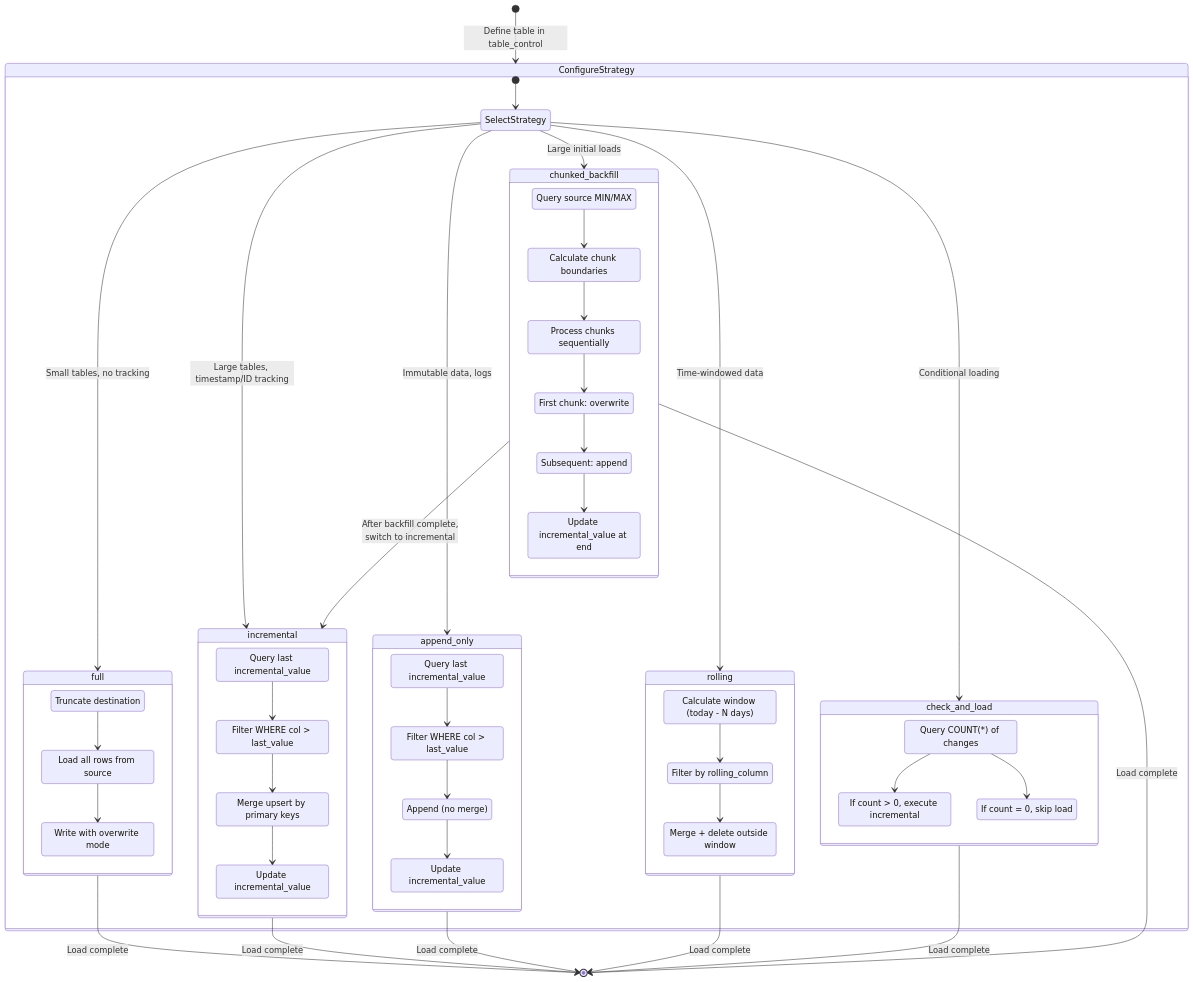
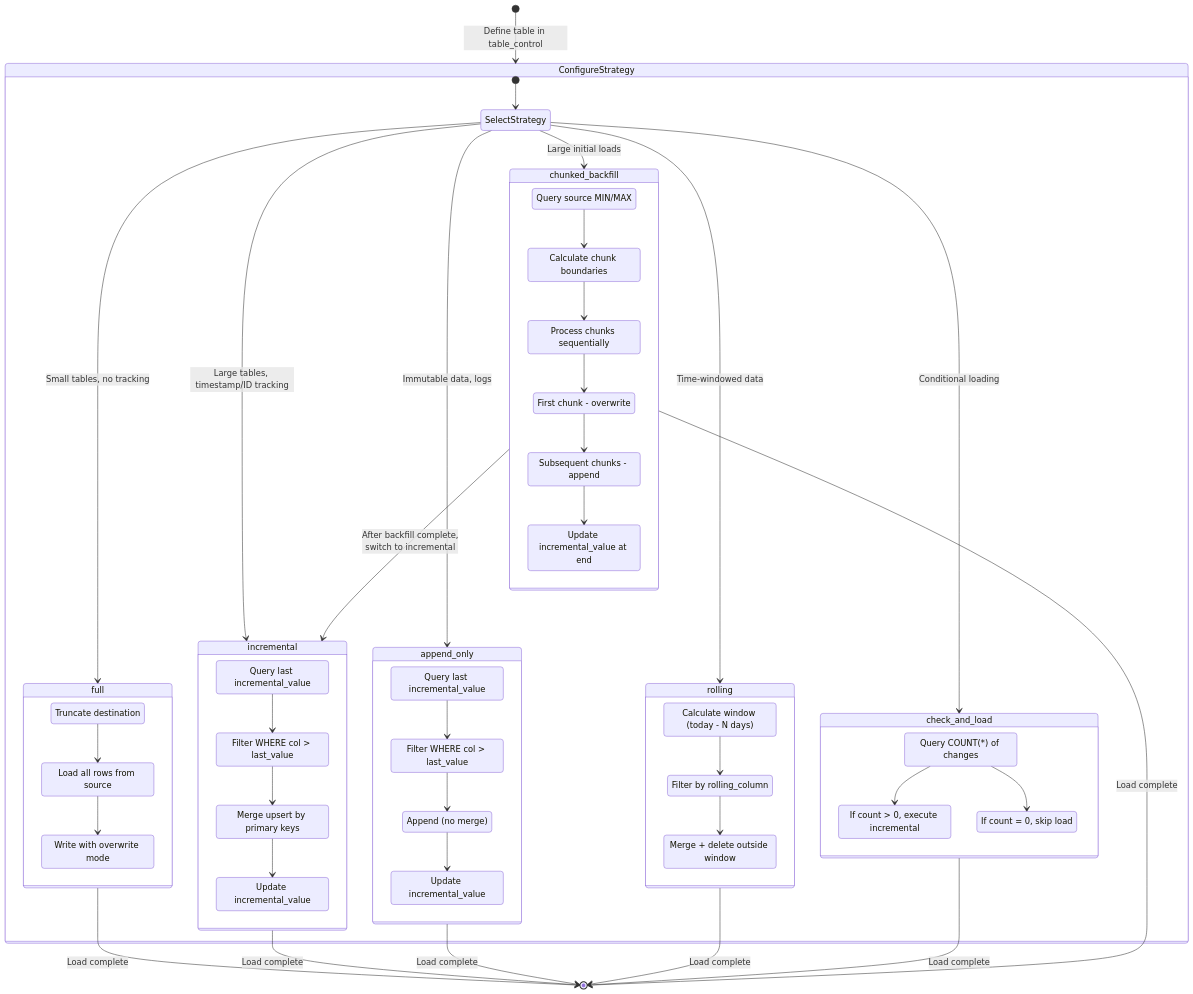
Before and after one commit to DakotaDataEng/dataloader-docs: the fifth of 7 diagrams in diagrams/02-architecture.md, drawn with Mermaid.

Commit message:
Fix colon syntax in state diagram descriptions

````diff
--- a/diagrams/02-architecture.md
+++ b/diagrams/02-architecture.md
@@ -212,81 +212,81 @@
 ```mermaid
 stateDiagram-v2
     [*] --> ConfigureStrategy: Define table in table_control
 
     state ConfigureStrategy {
         [*] --> SelectStrategy
         SelectStrategy --> full: Small tables, no tracking
         SelectStrategy --> incremental: Large tables, timestamp/ID tracking
         SelectStrategy --> append_only: Immutable data, logs
         SelectStrategy --> rolling: Time-windowed data
         SelectStrategy --> check_and_load: Conditional loading
         SelectStrategy --> chunked_backfill: Large initial loads
     }
 
     state full {
         f1: Truncate destination
         f2: Load all rows from source
         f3: Write with overwrite mode
         f1 --> f2
         f2 --> f3
     }
 
     state incremental {
         i1: Query last incremental_value
         i2: Filter WHERE col > last_value
         i3: Merge upsert by primary keys
         i4: Update incremental_value
         i1 --> i2
         i2 --> i3
         i3 --> i4
     }
 
     state append_only {
         a1: Query last incremental_value
         a2: Filter WHERE col > last_value
         a3: Append (no merge)
         a4: Update incremental_value
         a1 --> a2
         a2 --> a3
         a3 --> a4
     }
 
     state rolling {
         r1: Calculate window (today - N days)
         r2: Filter by rolling_column
         r3: Merge + delete outside window
         r1 --> r2
         r2 --> r3
     }
 
     state check_and_load {
         c1: Query COUNT(*) of changes
         c2: If count > 0, execute incremental
         c3: If count = 0, skip load
         c1 --> c2
         c1 --> c3
     }
 
     state chunked_backfill {
         cb1: Query source MIN/MAX
         cb2: Calculate chunk boundaries
         cb3: Process chunks sequentially
-        cb4: First chunk: overwrite
-        cb5: Subsequent: append
+        cb4: First chunk - overwrite
+        cb5: Subsequent chunks - append
         cb6: Update incremental_value at end
         cb1 --> cb2
         cb2 --> cb3
         cb3 --> cb4
         cb4 --> cb5
         cb5 --> cb6
     }
 
     chunked_backfill --> incremental: After backfill complete,<br/>switch to incremental
 
     full --> [*]: Load complete
     incremental --> [*]: Load complete
     append_only --> [*]: Load complete
     rolling --> [*]: Load complete
     check_and_load --> [*]: Load complete
     chunked_backfill --> [*]: Load complete
 ```
````
